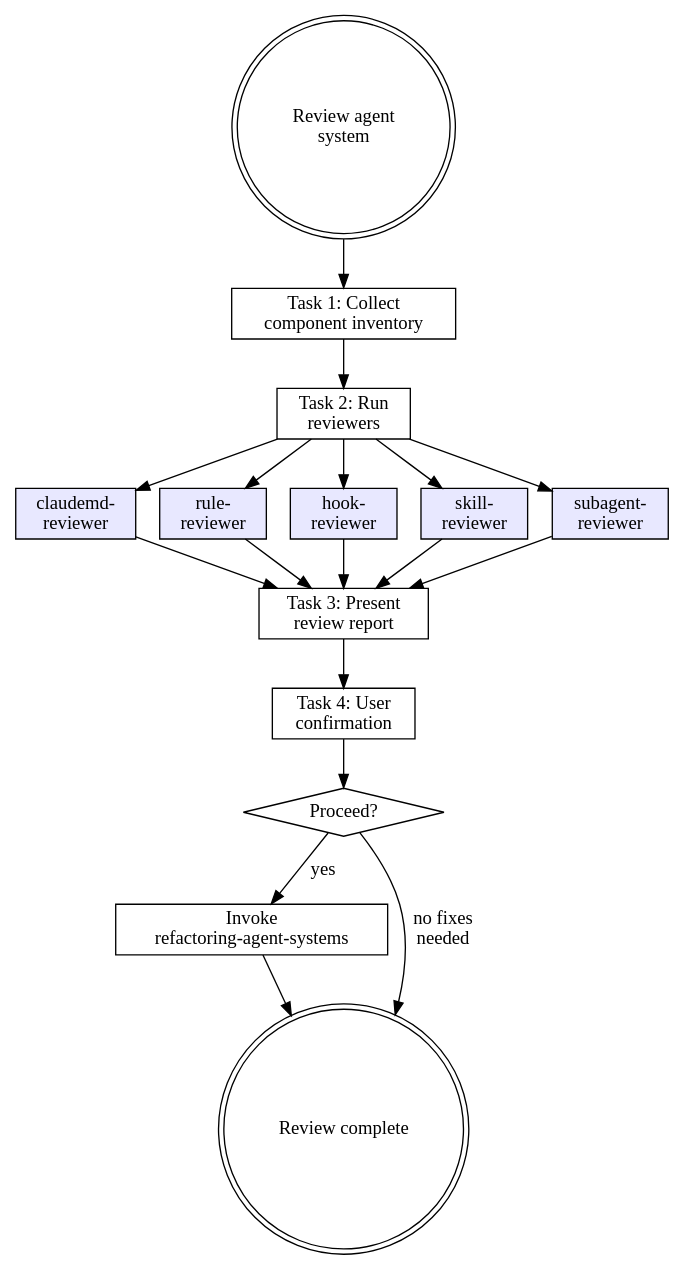
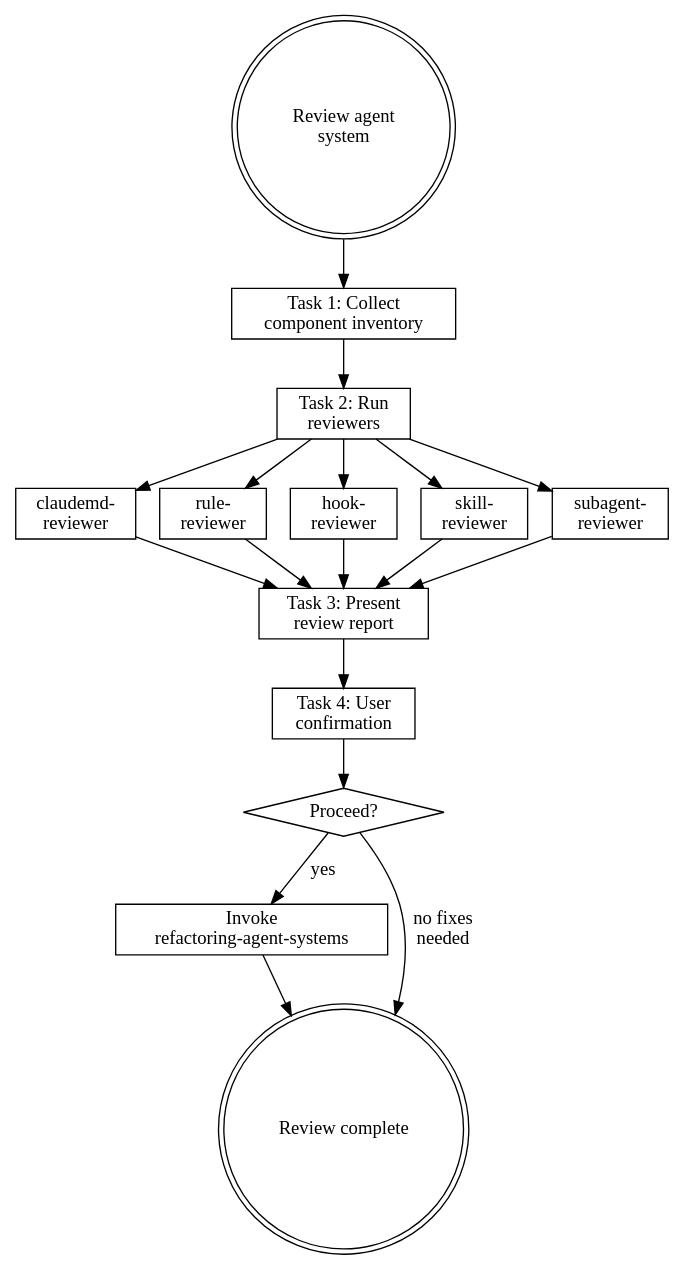
The diagram in plugins/rcc/skills/reviewing-agent-systems/SKILL.md (wayne930242/Reflexive-Claude-Code), drawn with Graphviz before and after one commit. The commit also changed 16 other files, not shown here.

````diff
--- a/plugins/rcc/skills/reviewing-agent-systems/SKILL.md
+++ b/plugins/rcc/skills/reviewing-agent-systems/SKILL.md
@@ -170,37 +170,37 @@
 ```dot
 digraph review_agent {
     rankdir=TB;
 
     start [label="Review agent\nsystem", shape=doublecircle];
     inventory [label="Task 1: Collect\ncomponent inventory", shape=box];
     review [label="Task 2: Run\nreviewers", shape=box];
-    claudemd [label="claudemd-\nreviewer", shape=box, style=filled, fillcolor="#e8e8ff"];
-    rules [label="rule-\nreviewer", shape=box, style=filled, fillcolor="#e8e8ff"];
-    hooks [label="hook-\nreviewer", shape=box, style=filled, fillcolor="#e8e8ff"];
-    skills [label="skill-\nreviewer", shape=box, style=filled, fillcolor="#e8e8ff"];
-    agents [label="subagent-\nreviewer", shape=box, style=filled, fillcolor="#e8e8ff"];
+    claudemd [label="claudemd-\nreviewer", shape=box];
+    rules [label="rule-\nreviewer", shape=box];
+    hooks [label="hook-\nreviewer", shape=box, ];
+    skills [label="skill-\nreviewer", shape=box, ];
+    agents [label="subagent-\nreviewer", shape=box, ];
     report [label="Task 3: Present\nreview report", shape=box];
     confirm [label="Task 4: User\nconfirmation", shape=box];
     approved [label="Proceed?", shape=diamond];
     handoff [label="Invoke\nrefactoring-agent-systems", shape=box];
     done [label="Review complete", shape=doublecircle];
 
     start -> inventory;
     inventory -> review;
     review -> claudemd;
     review -> rules;
     review -> hooks;
     review -> skills;
     review -> agents;
     claudemd -> report;
     rules -> report;
     hooks -> report;
     skills -> report;
     agents -> report;
     report -> confirm;
     confirm -> approved;
     approved -> handoff [label="yes"];
     approved -> done [label="no fixes\nneeded"];
     handoff -> done;
 }
 ```
````
